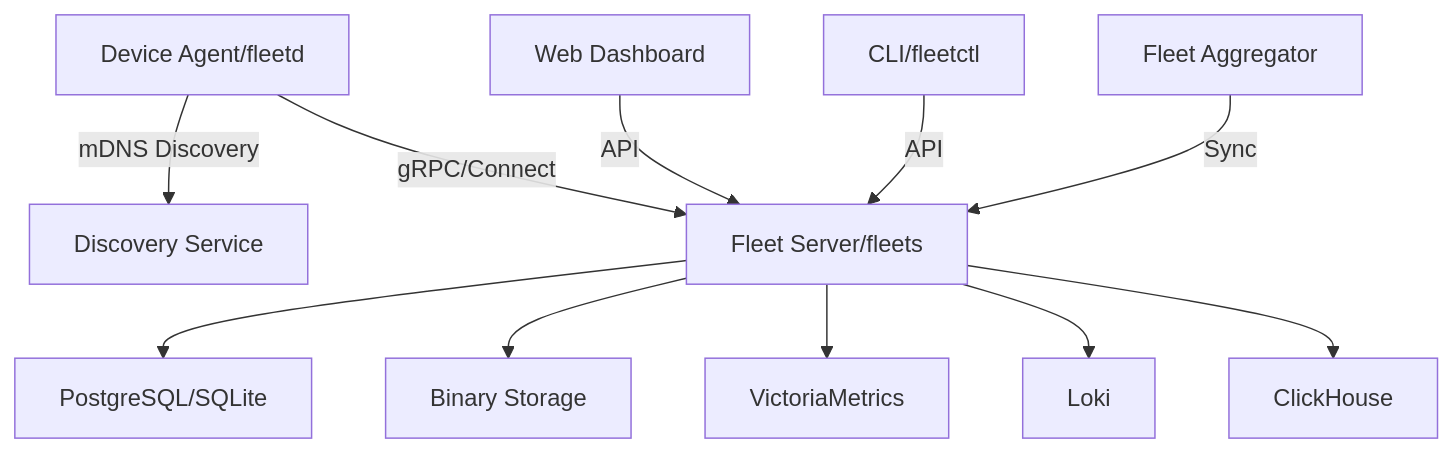
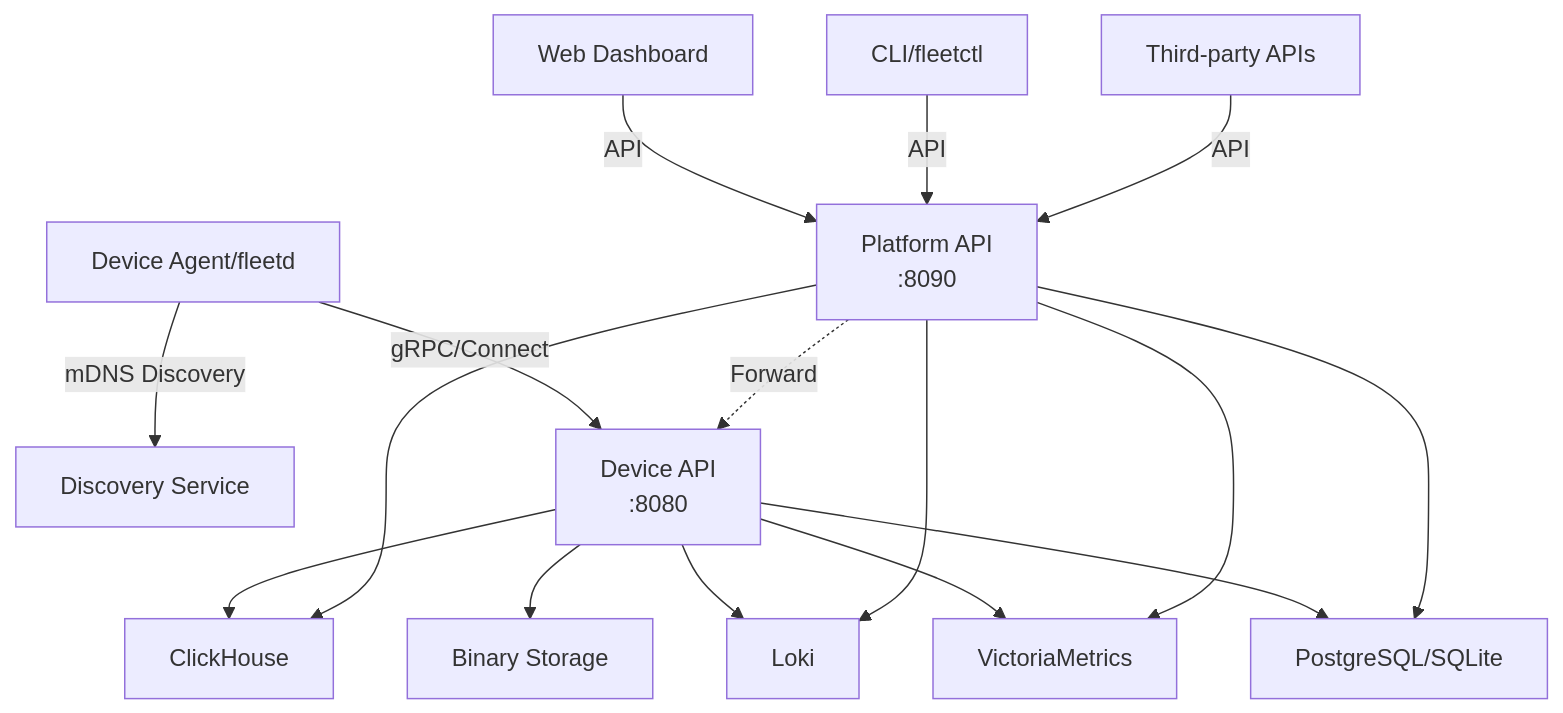
One commit to fleetd-sh/fleetd changed the diagram in README.md. Above: the diagram before and after it, drawn with Mermaid. The commit also changed other lines of this file and 3 other files, not shown here.

````diff
--- a/README.md
+++ b/README.md
@@ -12,13 +9,18 @@
 ```mermaid
 graph TD
     A[Device Agent/fleetd] -->|mDNS Discovery| B[Discovery Service]
-    A -->|gRPC/Connect| C[Fleet Server/fleets]
+    A -->|gRPC/Connect| C[Device API<br/>:8080]
     C --> D[PostgreSQL/SQLite]
     C --> E[Binary Storage]
     C --> F[VictoriaMetrics]
     C --> G[Loki]
     C --> H[ClickHouse]
-    I[Web Dashboard] -->|API| C
-    J[CLI/fleetctl] -->|API| C
-    K[Fleet Aggregator] -->|Sync| C
+    I[Web Dashboard] -->|API| P[Platform API<br/>:8090]
+    J[CLI/fleetctl] -->|API| P
+    K[Third-party APIs] -->|API| P
+    P --> D
+    P --> F
+    P --> G
+    P --> H
+    P -.->|Forward| C
 ```
````
